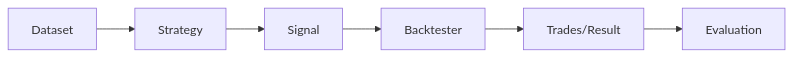
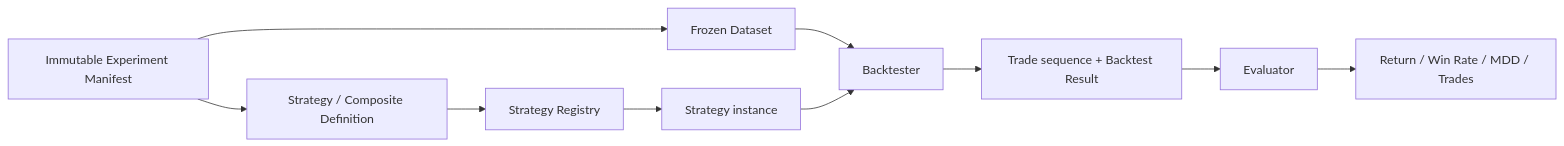
One commit to PhamVanMinhBinhThuan/crypto-strategy-platform changed the third of 5 diagrams in docs/architecture/data-flows.md. Above: the diagram before and after it, drawn with Mermaid. The commit also changed other lines of this file and 14 other files, not shown here.

Commit message:
docs: complete architecture documentation and verification plan

````diff
--- a/docs/architecture/data-flows.md
+++ b/docs/architecture/data-flows.md
@@ -50,8 +93,12 @@
 ```mermaid
 flowchart LR
-    DATA[Dataset] --> STRATEGY[Strategy]
-    STRATEGY --> SIGNAL[Signal]
-    SIGNAL --> BACKTEST[Backtester]
-    BACKTEST --> RESULT[Trades/Result]
-    RESULT --> EVALUATION[Evaluation]
+    MANIFEST["Immutable Experiment Manifest"] --> DATASET["Frozen Dataset"]
+    MANIFEST --> DEFINITION["Strategy / Composite Definition"]
+    DEFINITION --> REGISTRY["Strategy Registry"]
+    REGISTRY --> STRATEGY["Strategy instance"]
+    DATASET --> BACKTEST["Backtester"]
+    STRATEGY --> BACKTEST
+    BACKTEST --> TRADES["Trade sequence + Backtest Result"]
+    TRADES --> EVALUATOR["Evaluator"]
+    EVALUATOR --> METRICS["Return / Win Rate / MDD / Trades"]
 ```
````
